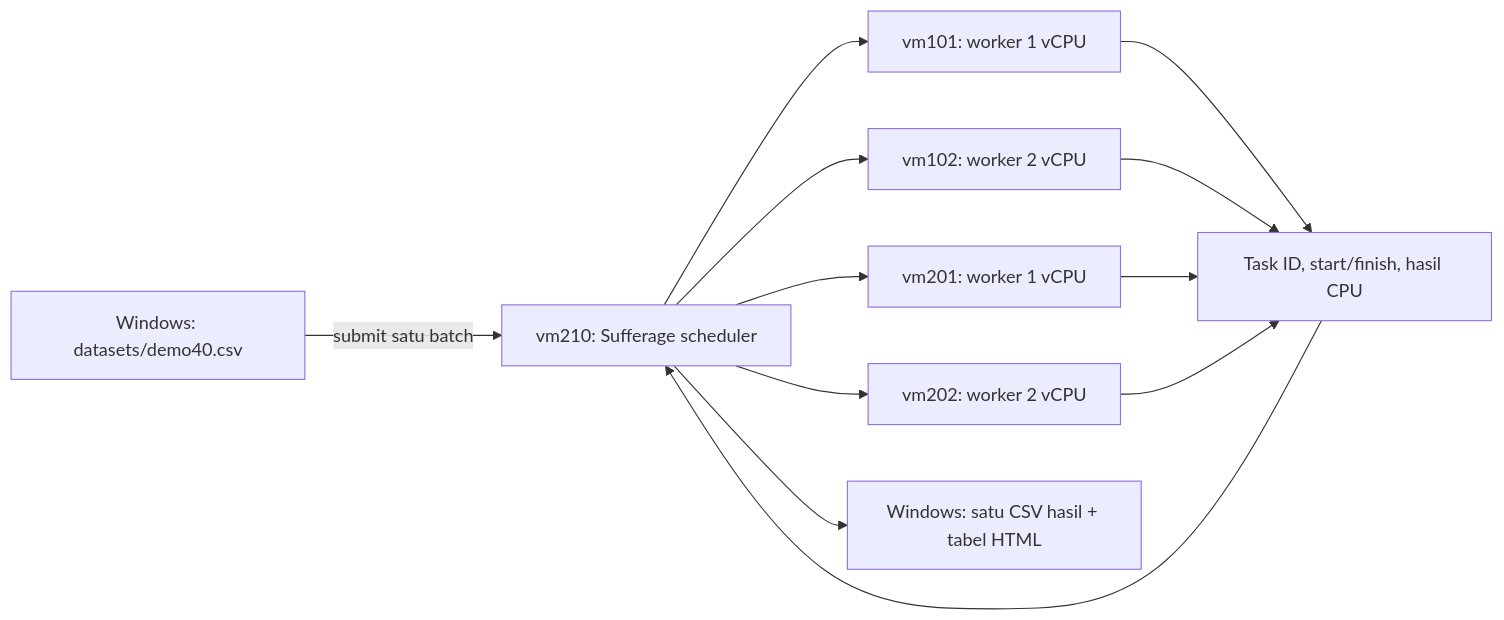
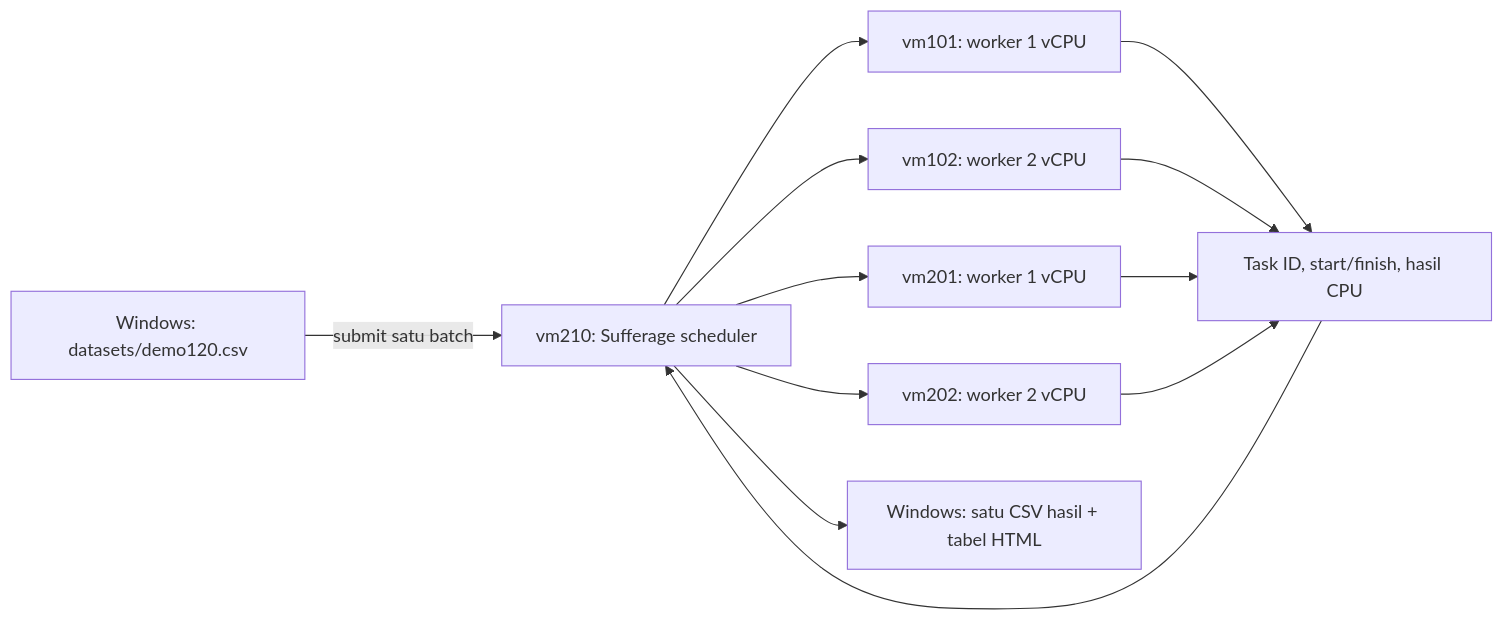
The diagram in README.md (cr766hi/sufferage-task-scheduler), drawn with Mermaid before and after one commit. The commit also changed other lines of this file and 8 other files, not shown here.

````diff
--- a/README.md
+++ b/README.md
@@ -12,14 +12,14 @@
 ```mermaid
 flowchart LR
-  D["Windows: datasets/demo40.csv"] -->|submit satu batch| S["vm210: Sufferage scheduler"]
+  D["Windows: datasets/demo120.csv"] -->|submit satu batch| S["vm210: Sufferage scheduler"]
   S --> A["vm101: worker 1 vCPU"]
   S --> B["vm102: worker 2 vCPU"]
   S --> C["vm201: worker 1 vCPU"]
   S --> E["vm202: worker 2 vCPU"]
   A --> R["Task ID, start/finish, hasil CPU"]
   B --> R
   C --> R
   E --> R
   R --> S
   S --> O["Windows: satu CSV hasil + tabel HTML"]
 ```
````
